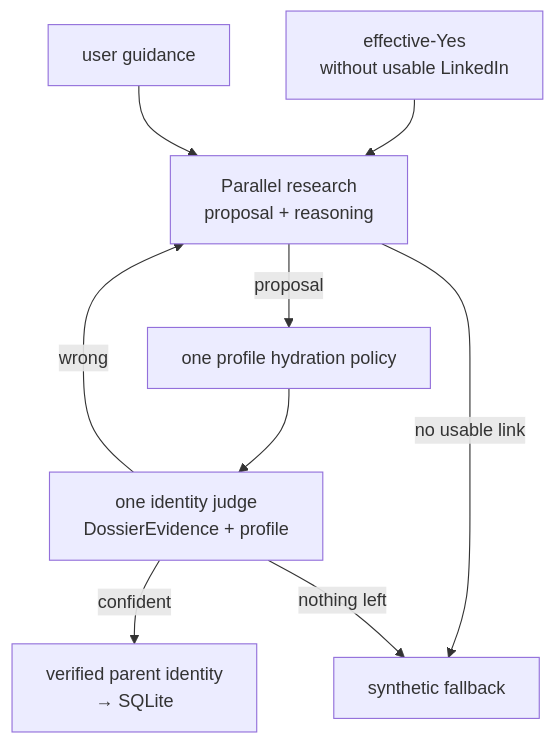
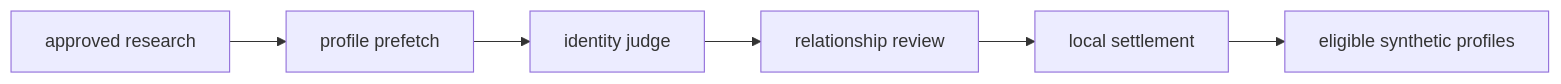
The third of 3 diagrams in packs/ingestion/primitives/deep_context/README.md (powerset-co/powerpacks), drawn with Mermaid before and after one commit. The commit also changed other lines of this file and 18 other files, not shown here.

````diff
--- a/packs/ingestion/primitives/deep_context/README.md
+++ b/packs/ingestion/primitives/deep_context/README.md
@@ -209,11 +212,8 @@
 ```mermaid
-flowchart TD
-  yes["effective-Yes\nwithout usable LinkedIn"] --> research["Parallel research\nproposal + reasoning"]
-  guided["user guidance"] --> research
-  research -- proposal --> hydrate["one profile hydration policy"]
-  research -- no usable link --> synth["synthetic fallback"]
-  hydrate --> judge["one identity judge\nDossierEvidence + profile"]
-  judge -- confident --> verified["verified parent identity\n→ SQLite"]
-  judge -- wrong --> research
-  judge -- nothing left --> synth
+flowchart LR
+  research["approved research"] --> profiles["profile prefetch"]
+  profiles --> judge["identity judge"]
+  judge --> relationships["relationship review"]
+  relationships --> settle["local settlement"]
+  settle --> synthetic["eligible synthetic profiles"]
 ```
````
